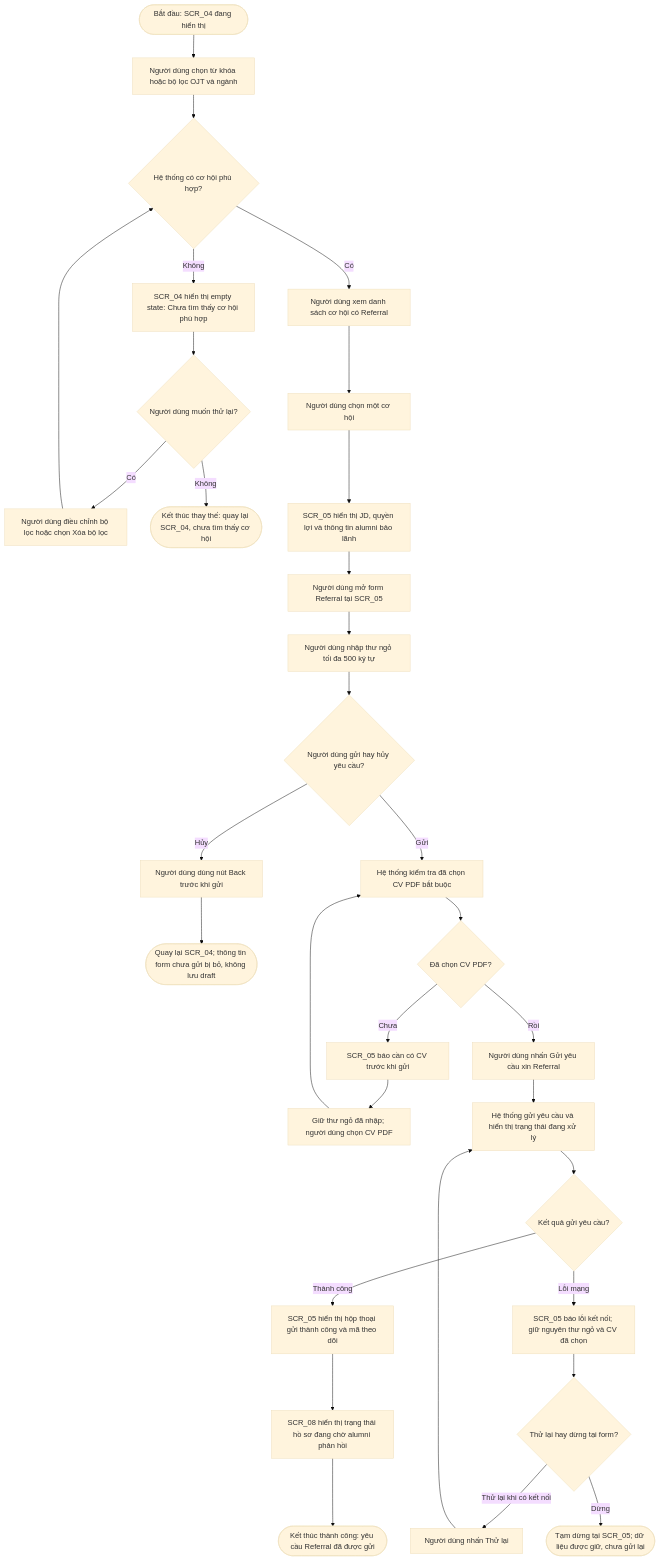
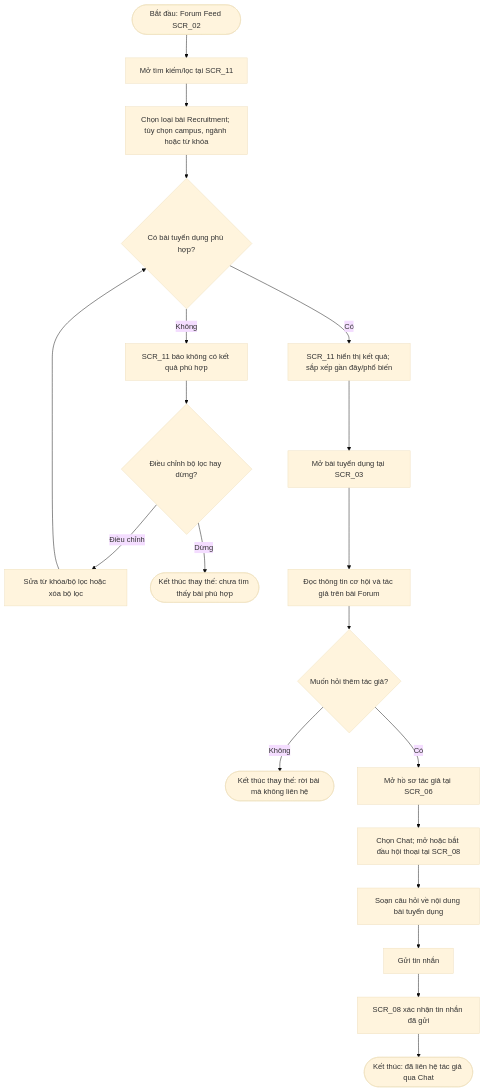
One commit to chstrg2208/PRN-LAB-2- changed the third of 4 diagrams in ux/user-flow.md. Above: the diagram before and after it, drawn with Mermaid (base theme). The commit also changed other lines of this file, not shown here.

Commit message:
docs(ux): redesign forum recruitment and direct chat flows

````diff
--- a/ux/user-flow.md
+++ b/ux/user-flow.md
@@ -161,34 +152,22 @@
 ```mermaid
 flowchart TD
-    Start([Bắt đầu: SCR_04 đang hiển thị]) --> SetFilters[Người dùng chọn từ khóa hoặc bộ lọc OJT và ngành]
-    SetFilters --> SearchResults{Hệ thống có cơ hội phù hợp?}
-    SearchResults -- Không --> EmptyState[SCR_04 hiển thị empty state: Chưa tìm thấy cơ hội phù hợp]
-    EmptyState --> SearchRecovery{Người dùng muốn thử lại?}
-    SearchRecovery -- Có --> RecoverSearch[Người dùng điều chỉnh bộ lọc hoặc chọn Xóa bộ lọc]
-    RecoverSearch --> SearchResults
-    SearchRecovery -- Không --> NoResultsEnd([Kết thúc thay thế: quay lại SCR_04, chưa tìm thấy cơ hội])
-    SearchResults -- Có --> Browse[Người dùng xem danh sách cơ hội có Referral]
-    Browse --> SelectOpportunity[Người dùng chọn một cơ hội]
-    SelectOpportunity --> Review[SCR_05 hiển thị JD, quyền lợi và thông tin alumni bảo lãnh]
-    Review --> OpenForm[Người dùng mở form Referral tại SCR_05]
-    OpenForm --> ProvideLetter[Người dùng nhập thư ngỏ tối đa 500 ký tự]
-    ProvideLetter --> FormChoice{Người dùng gửi hay hủy yêu cầu?}
-    FormChoice -- Hủy --> Cancel[Người dùng dùng nút Back trước khi gửi]
-    Cancel --> CancelEnd([Quay lại SCR_04; thông tin form chưa gửi bị bỏ, không lưu draft])
-    FormChoice -- Gửi --> Validate[Hệ thống kiểm tra đã chọn CV PDF bắt buộc]
-    Validate --> HasCV{Đã chọn CV PDF?}
-    HasCV -- Chưa --> MissingCV[SCR_05 báo cần có CV trước khi gửi]
-    MissingCV --> KeepLetter[Giữ thư ngỏ đã nhập; người dùng chọn CV PDF]
-    KeepLetter --> Validate
-    HasCV -- Rồi --> Submit[Người dùng nhấn Gửi yêu cầu xin Referral]
-    Submit --> Loading[Hệ thống gửi yêu cầu và hiển thị trạng thái đang xử lý]
-    Loading --> SubmitOutcome{Kết quả gửi yêu cầu?}
-    SubmitOutcome -- Thành công --> Success[SCR_05 hiển thị hộp thoại gửi thành công và mã theo dõi]
-    SubmitOutcome -- Lỗi mạng --> NetworkBanner[SCR_05 báo lỗi kết nối; giữ nguyên thư ngỏ và CV đã chọn]
-    NetworkBanner --> NetworkChoice{Thử lại hay dừng tại form?}
-    NetworkChoice -- Thử lại khi có kết nối --> Retry[Người dùng nhấn Thử lại]
-    Retry --> Loading
-    NetworkChoice -- Dừng --> NetworkWaitEnd([Tạm dừng tại SCR_05; dữ liệu được giữ, chưa gửi lại])
-    Success --> Track[SCR_08 hiển thị trạng thái hồ sơ đang chờ alumni phản hồi]
-    Track --> EndSuccess([Kết thúc thành công: yêu cầu Referral đã được gửi])
+    Start([Bắt đầu: Forum Feed SCR_02]) --> OpenSearch[Mở tìm kiếm/lọc tại SCR_11]
+    OpenSearch --> SetRecruitment[Chọn loại bài Recruitment; tùy chọn campus, ngành hoặc từ khóa]
+    SetRecruitment --> SearchResult{Có bài tuyển dụng phù hợp?}
+    SearchResult -- Không --> EmptyResults[SCR_11 báo không có kết quả phù hợp]
+    EmptyResults --> RecoveryChoice{Điều chỉnh bộ lọc hay dừng?}
+    RecoveryChoice -- Điều chỉnh --> AdjustFilters[Sửa từ khóa/bộ lọc hoặc xóa bộ lọc]
+    AdjustFilters --> SearchResult
+    RecoveryChoice -- Dừng --> EndNoResults([Kết thúc thay thế: chưa tìm thấy bài phù hợp])
+    SearchResult -- Có --> Results[SCR_11 hiển thị kết quả; sắp xếp gần đây/phổ biến]
+    Results --> OpenPost[Mở bài tuyển dụng tại SCR_03]
+    OpenPost --> ReviewPost[Đọc thông tin cơ hội và tác giả trên bài Forum]
+    ReviewPost --> ContactChoice{Muốn hỏi thêm tác giả?}
+    ContactChoice -- Không --> EndNoContact([Kết thúc thay thế: rời bài mà không liên hệ])
+    ContactChoice -- Có --> AuthorProfile[Mở hồ sơ tác giả tại SCR_06]
+    AuthorProfile --> StartChat[Chọn Chat; mở hoặc bắt đầu hội thoại tại SCR_08]
+    StartChat --> ComposeInquiry[Soạn câu hỏi về nội dung bài tuyển dụng]
+    ComposeInquiry --> SendInquiry[Gửi tin nhắn]
+    SendInquiry --> SentFeedback[SCR_08 xác nhận tin nhắn đã gửi]
+    SentFeedback --> EndContact([Kết thúc: đã liên hệ tác giả qua Chat])
 ```
````
